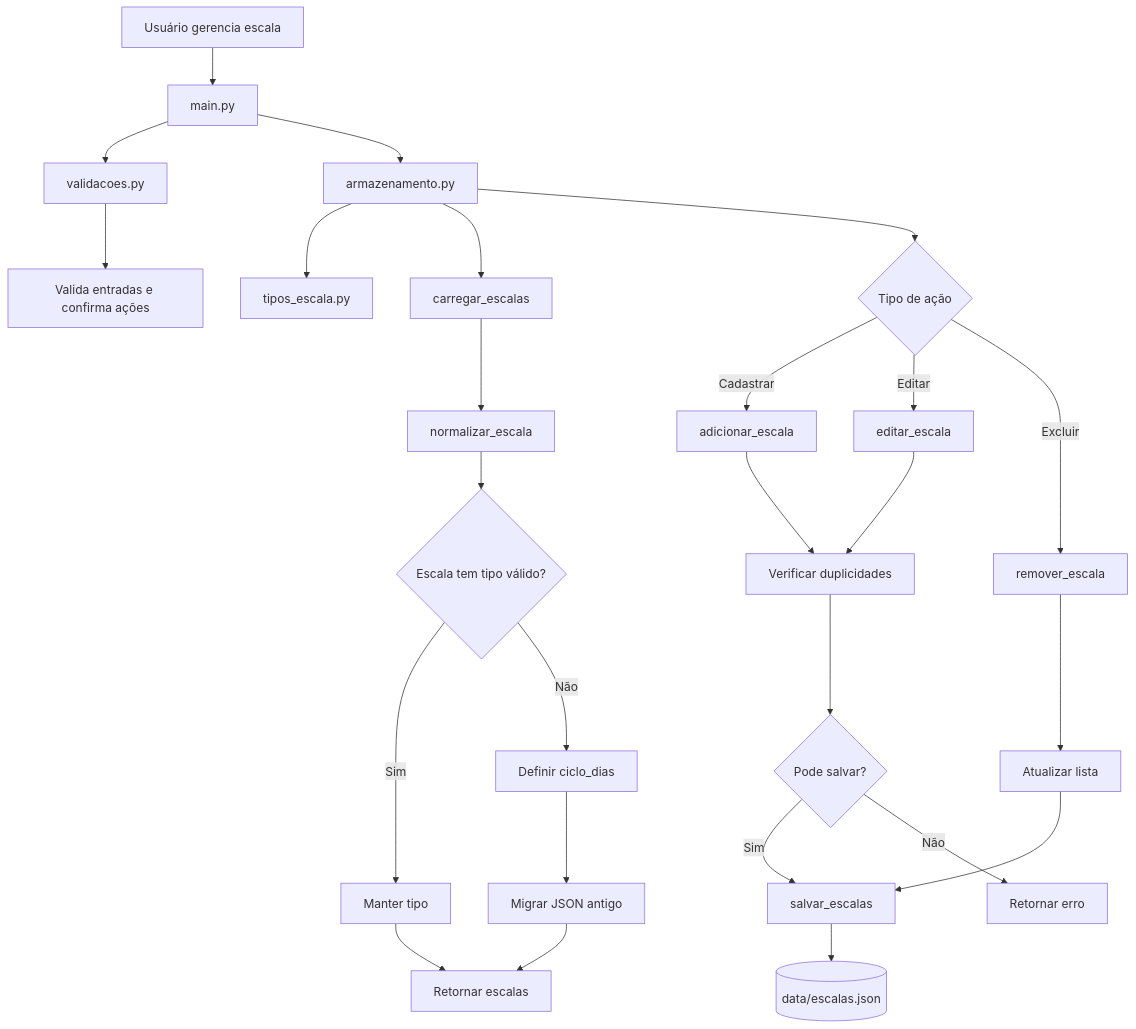
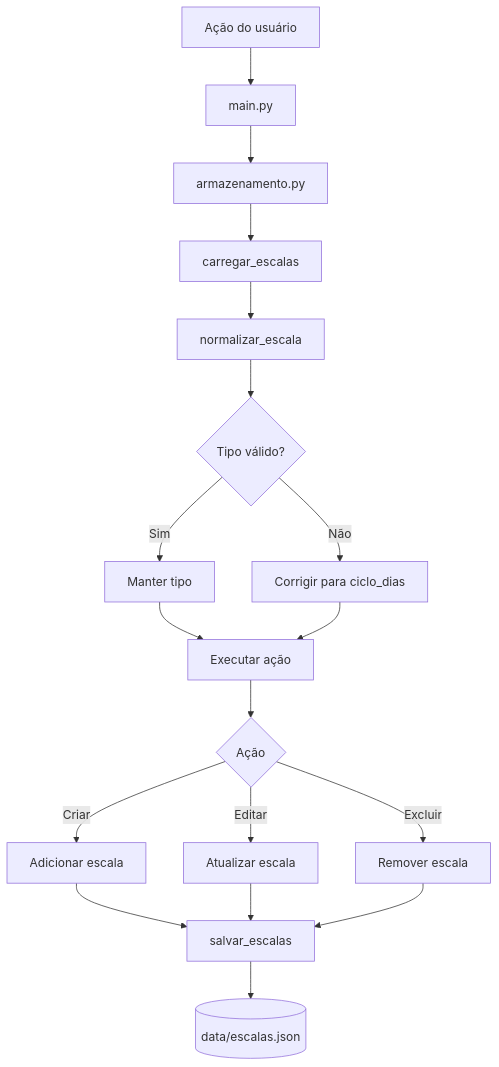
The sixth of 6 diagrams in README.md (Dinox75/simulador-escala-trabalho), drawn with Mermaid before and after one commit. The commit also changed other lines of this file, not shown here.

Commit message:
refactor: atualizado readme para a v0.5.0

````diff
--- a/README.md
+++ b/README.md
@@ -744,36 +514,20 @@
 ```mermaid
 flowchart TD
-    A[Usuário gerencia escala] --> B[main.py]
-    B --> C[validacoes.py]
-    B --> D[armazenamento.py]
-    D --> T[tipos_escala.py]
-
-    C --> E[Valida entradas e confirma ações]
-
-    D --> F[carregar_escalas]
-    F --> F1[normalizar_escala]
-    F1 --> F2{Escala tem tipo válido?}
-
-    F2 -->|Sim| G[Manter tipo]
-    F2 -->|Não| H[Definir ciclo_dias]
-
-    G --> I[Retornar escalas]
-    H --> J[Migrar JSON antigo]
-    J --> I
-
-    D --> K{Tipo de ação}
-    K -->|Cadastrar| L[adicionar_escala]
-    K -->|Editar| M[editar_escala]
-    K -->|Excluir| N[remover_escala]
-
-    L --> O[Verificar duplicidades]
-    M --> O
-    N --> P[Atualizar lista]
-
-    O --> Q{Pode salvar?}
-    Q -->|Sim| R[salvar_escalas]
-    Q -->|Não| S[Retornar erro]
-
-    P --> R
-    R --> U[(data/escalas.json)]
+    A[Ação do usuário] --> B[main.py]
+    B --> C[armazenamento.py]
+    C --> D[carregar_escalas]
+    D --> E[normalizar_escala]
+    E --> F{Tipo válido?}
+    F -->|Sim| G[Manter tipo]
+    F -->|Não| H[Corrigir para ciclo_dias]
+    G --> I[Executar ação]
+    H --> I
+    I --> J{Ação}
+    J -->|Criar| K[Adicionar escala]
+    J -->|Editar| L[Atualizar escala]
+    J -->|Excluir| M[Remover escala]
+    K --> N[salvar_escalas]
+    L --> N
+    M --> N
+    N --> O[(data/escalas.json)]
 ```
````
